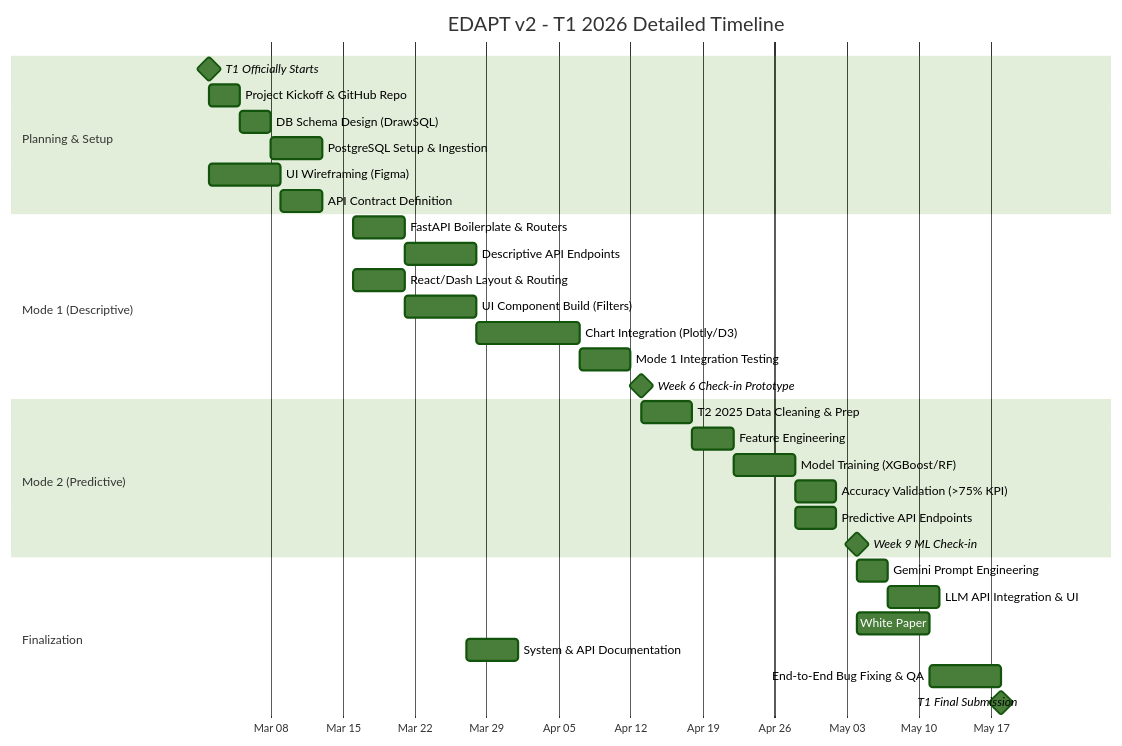
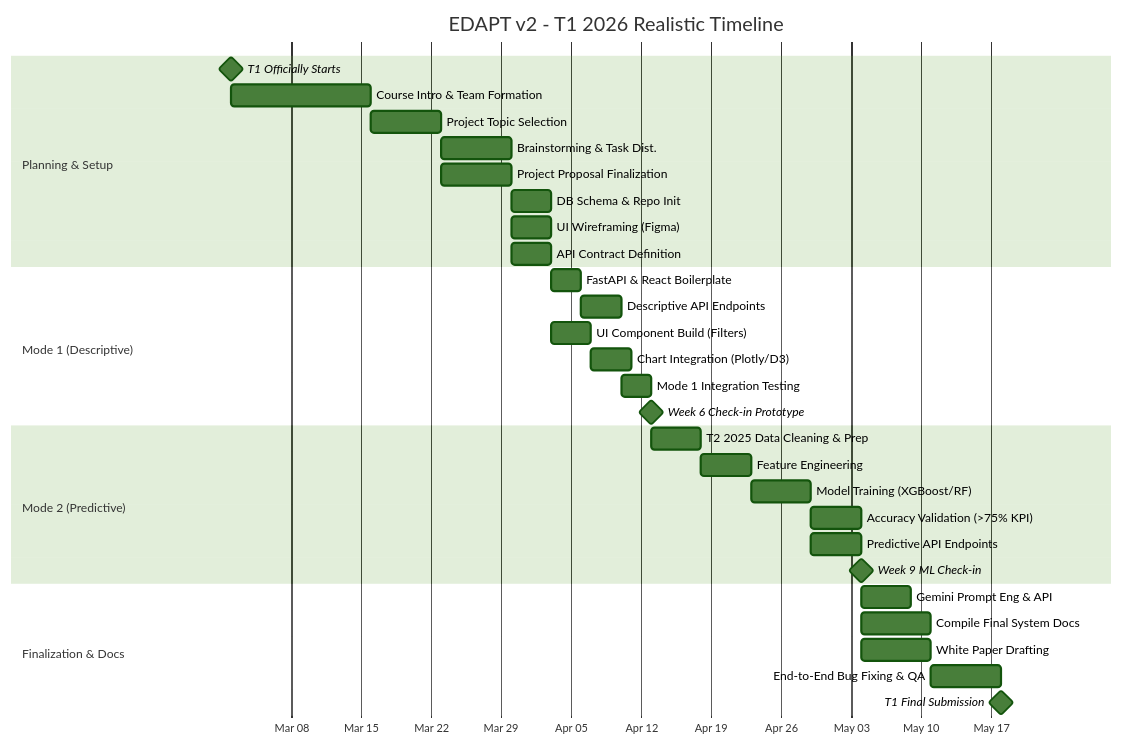
Before and after one commit to KOI-Capstone-Project/EDAPTv2: the first of 2 diagrams in README.md, drawn with Mermaid (forest theme).

Commit message:
[UPD]:(Gantt)-Change in timeline in T1 as we changed the topic in week3

````diff
--- a/README.md
+++ b/README.md
@@ -6,40 +6,42 @@
 ```mermaid
-%%{init: {'gantt': {'leftPadding': 180, 'rightPadding': 200}}}%%
+%%{init: {'gantt': {'leftPadding': 200, 'rightPadding': 200}}}%%
 gantt
-    title EDAPT v2 - T1 2026 Detailed Timeline
+    title EDAPT v2 - T1 2026 Realistic Timeline
     dateFormat  YYYY-MM-DD
     axisFormat  %b %d
+    tickInterval 7 day
+    todayMarker off
     
     section Planning & Setup
     T1 Officially Starts            :milestone, start, 2026-03-02, 0d
-    Project Kickoff & GitHub Repo   :a1, 2026-03-02, 3d
-    DB Schema Design (DrawSQL)      :a2, after a1, 3d
-    PostgreSQL Setup & Ingestion    :a3, after a2, 5d
-    UI Wireframing (Figma)          :a4, 2026-03-02, 7d
-    API Contract Definition         :a5, after a4, 4d
+    Course Intro & Team Formation   :p1, 2026-03-02, 14d
+    Project Topic Selection         :p2, 2026-03-16, 7d
+    Brainstorming & Task Dist.      :p3, 2026-03-23, 7d
+    Project Proposal Finalization   :p4, 2026-03-23, 7d
+    DB Schema & Repo Init           :a1, 2026-03-30, 4d
+    UI Wireframing (Figma)          :a2, 2026-03-30, 4d
+    API Contract Definition         :a3, 2026-03-30, 4d
     
     section Mode 1 (Descriptive)
-    FastAPI Boilerplate & Routers   :a6, 2026-03-16, 5d
-    Descriptive API Endpoints       :a7, after a6, 7d
-    React/Dash Layout & Routing     :a8, 2026-03-16, 5d
-    UI Component Build (Filters)    :a9, after a8, 7d
-    Chart Integration (Plotly/D3)   :a10, after a9, 10d
-    Mode 1 Integration Testing      :a11, after a10, 5d
+    FastAPI & React Boilerplate     :b1, 2026-04-03, 3d
+    Descriptive API Endpoints       :b2, after b1, 4d
+    UI Component Build (Filters)    :b3, 2026-04-03, 4d
+    Chart Integration (Plotly/D3)   :b4, after b3, 4d
+    Mode 1 Integration Testing      :b5, 2026-04-10, 3d
     Week 6 Check-in Prototype       :milestone, m1, 2026-04-13, 0d
     
     section Mode 2 (Predictive)
-    T2 2025 Data Cleaning & Prep    :a12, 2026-04-13, 5d
-    Feature Engineering             :a13, after a12, 4d
-    Model Training (XGBoost/RF)     :a14, after a13, 6d
-    Accuracy Validation (>75% KPI)  :a15, after a14, 4d
-    Predictive API Endpoints        :a16, after a14, 4d
+    T2 2025 Data Cleaning & Prep    :c1, 2026-04-13, 5d
+    Feature Engineering             :c2, after c1, 5d
+    Model Training (XGBoost/RF)     :c3, after c2, 6d
+    Accuracy Validation (>75% KPI)  :c4, after c3, 5d
+    Predictive API Endpoints        :c5, after c3, 5d
     Week 9 ML Check-in              :milestone, m2, 2026-05-04, 0d
     
-    section Finalization
-    Gemini Prompt Engineering       :a17, 2026-05-04, 3d
-    LLM API Integration & UI        :a18, after a17, 5d
-    White Paper: Predictive Logic   :a19, 2026-05-04, 7d
-    System & API Documentation      :a20, after a19, 5d
-    End-to-End Bug Fixing & QA      :a21, 2026-05-11, 7d
+    section Finalization & Docs
+    Gemini Prompt Eng & API         :d1, 2026-05-04, 5d
+    Compile Final System Docs       :d2, 2026-05-04, 7d
+    White Paper Drafting            :d3, 2026-05-04, 7d
+    End-to-End Bug Fixing & QA      :d4, 2026-05-11, 7d
     T1 Final Submission             :milestone, m3, 2026-05-18, 0d
 ```
````
